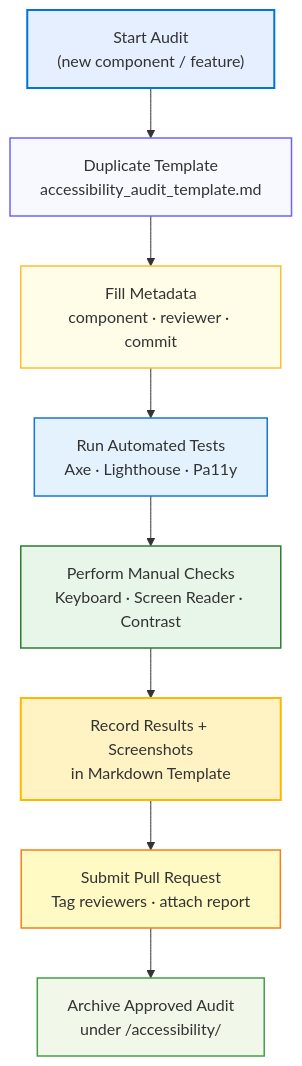
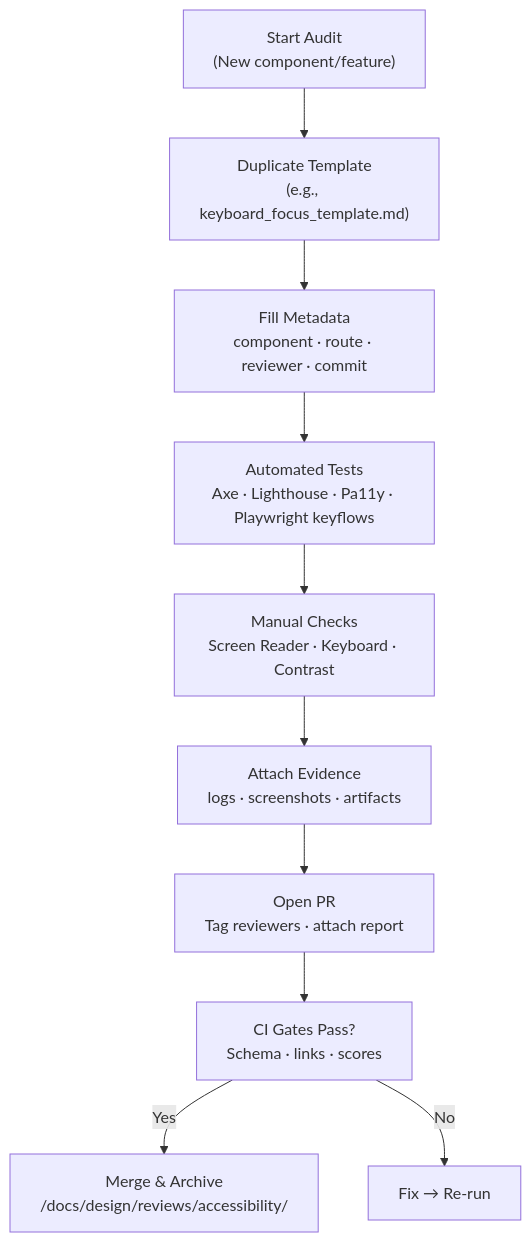
The diagram in docs/design/reviews/accessibility/templates/README.md (bartytime4life/Kansas-Frontier-Matrix), drawn with Mermaid before and after one commit. The commit also changed other lines of this file, not shown here.

First line of the commit message:
Revise README for Accessibility Templates with updates

````diff
--- a/docs/design/reviews/accessibility/templates/README.md
+++ b/docs/design/reviews/accessibility/templates/README.md
@@ -56,21 +173,12 @@
 ```mermaid
 flowchart TD
-  A["Start Audit\n(new component / feature)"] --> B["Duplicate Template\naccessibility_audit_template.md"]
-  B --> C["Fill Metadata\ncomponent · reviewer · commit"]
-  C --> D["Run Automated Tests\nAxe · Lighthouse · Pa11y"]
-  D --> E["Perform Manual Checks\nKeyboard · Screen Reader · Contrast"]
-  E --> F["Record Results + Screenshots\nin Markdown Template"]
-  F --> G["Submit Pull Request\nTag reviewers · attach report"]
-  G --> H["Archive Approved Audit\nunder /accessibility/"]
-
-  style A fill:#E6EFFF,stroke:#0074D9,stroke-width:2px
-  style B fill:#F8F8FF,stroke:#6C63FF,stroke-width:1.5px
-  style C fill:#FFFDE7,stroke:#FBC02D,stroke-width:1.5px
-  style D fill:#E3F2FD,stroke:#1976D2,stroke-width:1.5px
-  style E fill:#E8F5E9,stroke:#2E7D32,stroke-width:1.5px
-  style F fill:#FFF3C4,stroke:#FFB700,stroke-width:2px
-  style G fill:#FFF9C4,stroke:#F57F17,stroke-width:1.5px
-  style H fill:#F1F8E9,stroke:#43A047,stroke-width:1.5px
-
-  %% END OF MERMAID
+  A["Start Audit\n(New component/feature)"] --> B["Duplicate Template\n(e.g., keyboard_focus_template.md)"]
+  B --> C["Fill Metadata\ncomponent · route · reviewer · commit"]
+  C --> D["Automated Tests\nAxe · Lighthouse · Pa11y · Playwright keyflows"]
+  D --> E["Manual Checks\nScreen Reader · Keyboard · Contrast"]
+  E --> F["Attach Evidence\nlogs · screenshots · artifacts"]
+  F --> G["Open PR\nTag reviewers · attach report"]
+  G --> H["CI Gates Pass?\nSchema · links · scores"]
+  H -->|Yes| I["Merge & Archive\n/docs/design/reviews/accessibility/"]
+  H -->|No| J["Fix → Re-run"]
 ```
````
